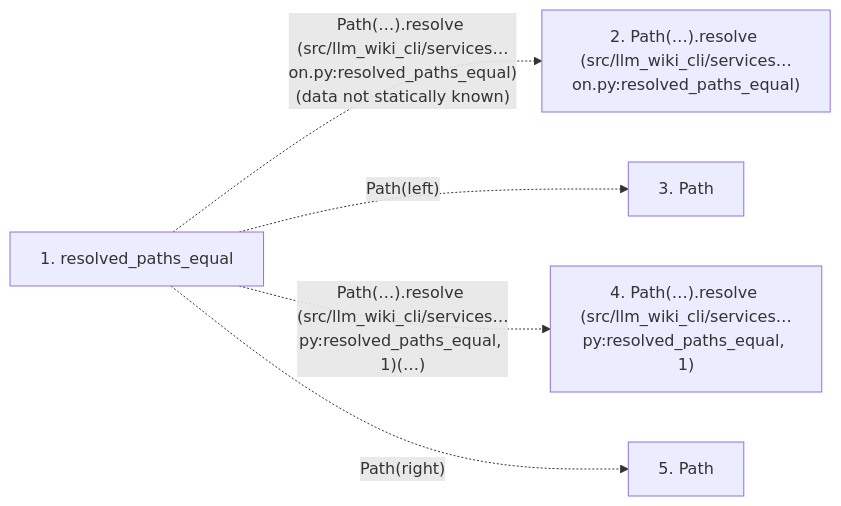
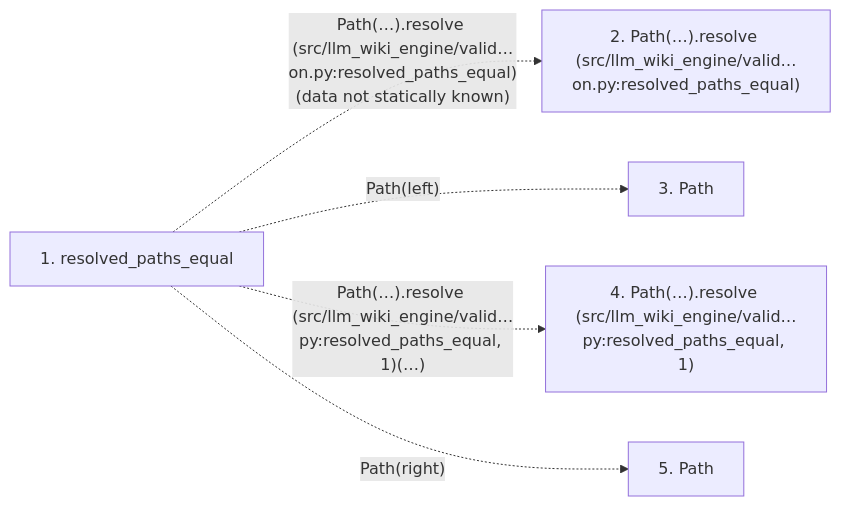
One commit to Denissvgn/python-wiki-llm changed the second of 2 diagrams in docs/llm_wiki/flows/api-resolved_paths_equal.md. Above: the diagram before and after it, drawn with Mermaid. The commit also changed other lines of this file and 1103 other files, not shown here.

First line of the commit message:
docs: refresh the wiki for the llm-wiki-engine distribution

````diff
--- a/docs/llm_wiki/flows/api-resolved_paths_equal.md
+++ b/docs/llm_wiki/flows/api-resolved_paths_equal.md
@@ -41,13 +41,13 @@
 ```mermaid
 flowchart LR
     s1["1. resolved_paths_equal"]
-    s2["2. Path(…).resolve (src/llm_wiki_cli/services…on.py:resolved_paths_equal)"]
+    s2["2. Path(…).resolve (src/llm_wiki_engine/valid…on.py:resolved_paths_equal)"]
     s3["3. Path"]
-    s4["4. Path(…).resolve (src/llm_wiki_cli/services…py:resolved_paths_equal, 1)"]
+    s4["4. Path(…).resolve (src/llm_wiki_engine/valid…py:resolved_paths_equal, 1)"]
     s5["5. Path"]
-    s1 -. "Path(…).resolve (src/llm_wiki_cli/services…on.py:resolved_paths_equal)(data not statically known)" .-> s2
+    s1 -. "Path(…).resolve (src/llm_wiki_engine/valid…on.py:resolved_paths_equal)(data not statically known)" .-> s2
     s1 -. "Path(left)" .-> s3
-    s1 -. "Path(…).resolve (src/llm_wiki_cli/services…py:resolved_paths_equal, 1)(…)" .-> s4
+    s1 -. "Path(…).resolve (src/llm_wiki_engine/valid…py:resolved_paths_equal, 1)(…)" .-> s4
     s1 -. "Path(right)" .-> s5
     click s1 "../modules/validation.md"
 ```
````
